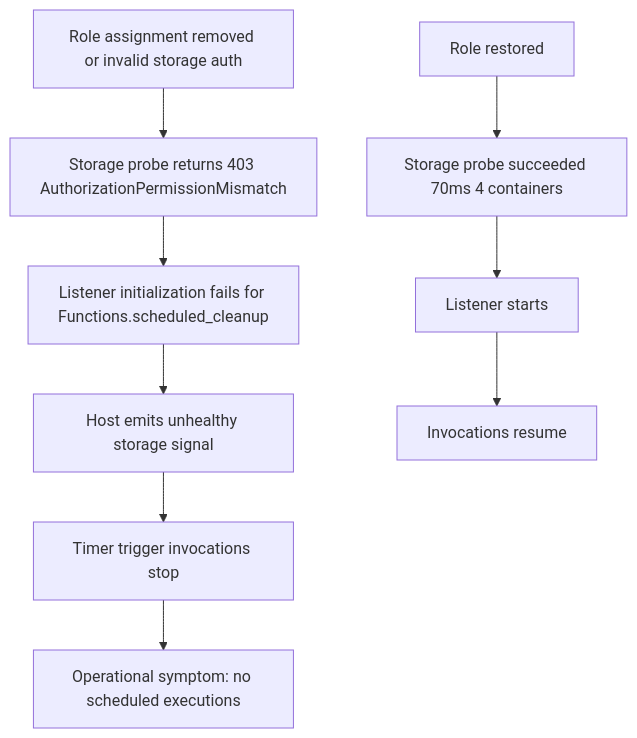
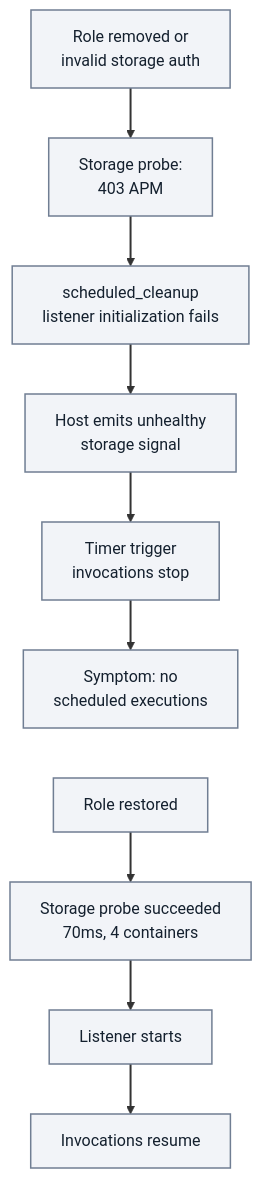
The third of 5 diagrams in docs/troubleshooting/lab-guides/storage-access-failure.md (yeongseon/azure-functions-practical-guide), drawn with Mermaid before and after one commit. The commit also changed other lines of this file and 1 other file, not shown here.

First line of the commit message:
docs(diagrams): migrate Functions lab storage network auth — storage access failure (#444)

````diff
--- a/docs/troubleshooting/lab-guides/storage-access-failure.md
+++ b/docs/troubleshooting/lab-guides/storage-access-failure.md
@@ -257,12 +263,18 @@
 ```mermaid
 flowchart TD
-    A[Role assignment removed or invalid storage auth] --> B[Storage probe returns 403 AuthorizationPermissionMismatch]
-    B --> C[Listener initialization fails for Functions.scheduled_cleanup]
-    C --> D[Host emits unhealthy storage signal]
-    D --> E[Timer trigger invocations stop]
-    E --> F[Operational symptom: no scheduled executions]
-
-    G[Role restored] --> H[Storage probe succeeded 70ms 4 containers]
+    accTitle: Historical storage-access hypothesis and recovery chains
+    accDescr: Historical hypothesis links removed roles or invalid storage auth to a 403 probe, failed scheduled_cleanup listener, unhealthy host and stopped Timer executions. A separate recovery chain retains role restoration, the reported 70ms and four-container probe, listener startup and resumed invocations. These are not new Golden results or unique-cause proof.
+    A["Role removed or<br/>invalid storage auth"] --> B["Storage probe:<br/>403 APM"]
+    B --> C["scheduled_cleanup<br/>listener initialization fails"]
+    C --> D["Host emits unhealthy<br/>storage signal"]
+    D --> E["Timer trigger<br/>invocations stop"]
+    E --> F["Symptom: no<br/>scheduled executions"]
+    G["Role restored"] --> H["Storage probe succeeded<br/>70ms, 4 containers"]
     H --> I[Listener starts]
     I --> J[Invocations resume]
+    %% Layout-only link stacks the two chains; it adds no causal step or arrow.
+    F ~~~ G
+    classDef baseNeutral fill:#f2f4f8,stroke:#707e93,stroke-width:1.5px,color:#14202e;
+    class A,B,C,D,E,F,G,H,I,J baseNeutral;
+    linkStyle default stroke-width:2px;
 ```
````
